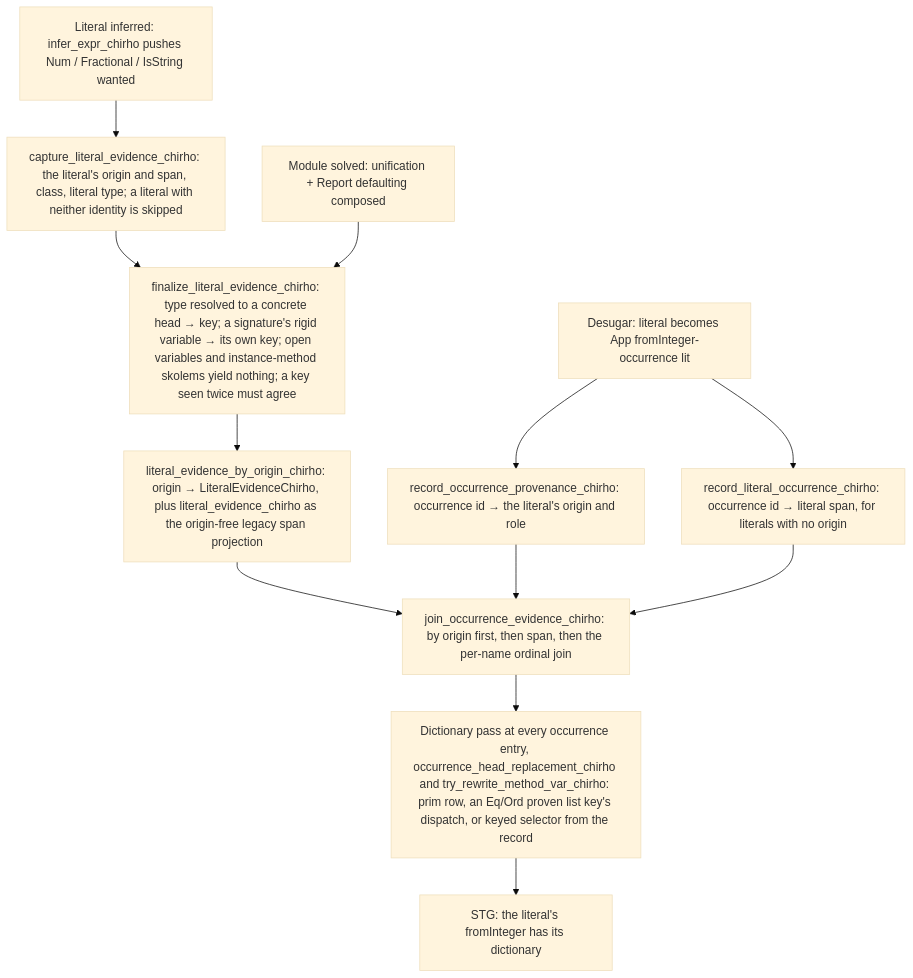
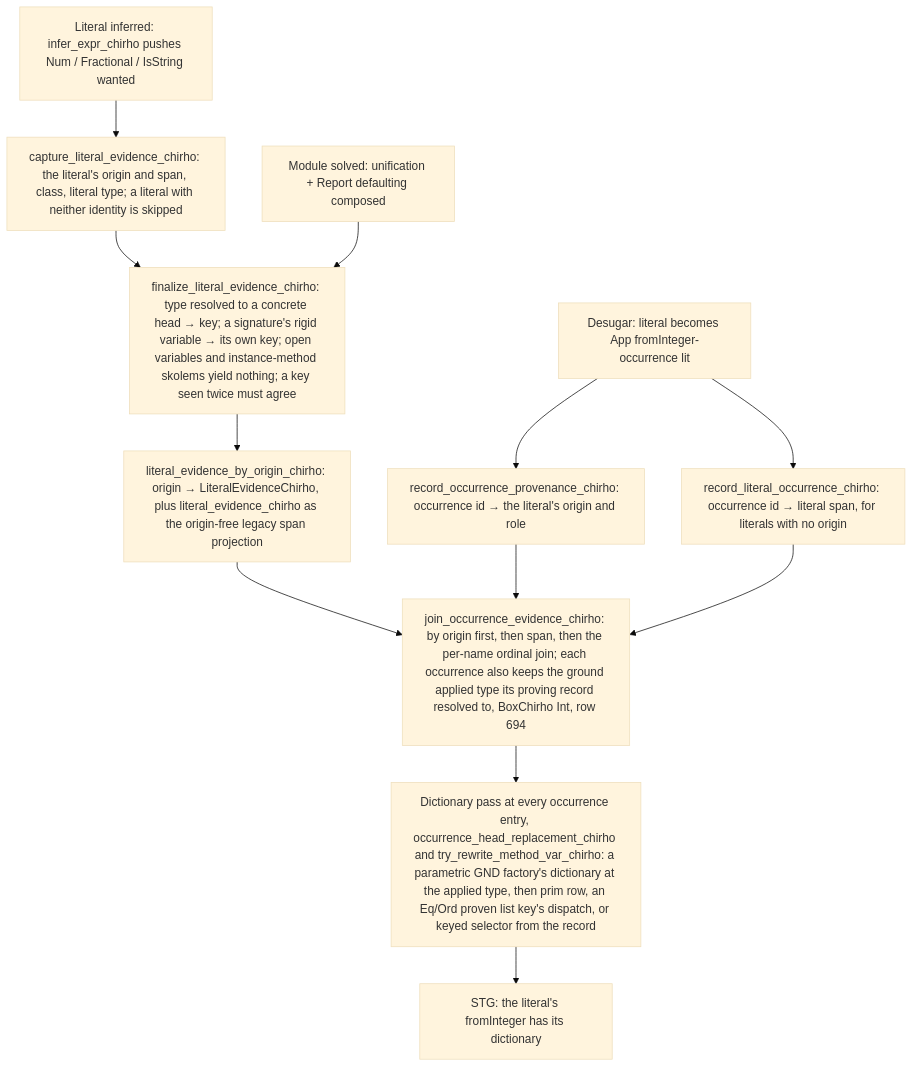
The first of 19 diagrams in spec-chirho/workflows-chirho/language-features-chirho/dictionary-evidence-chirho.md (loveJesus/haskelujah-chirho), drawn with Mermaid (base theme) before and after one commit. The commit also changed 26 other files, not shown here.

First line of the commit message:
fix(deriving): role rules on one carrier and direct GND methods through the factory (r14)

````diff
--- a/spec-chirho/workflows-chirho/language-features-chirho/dictionary-evidence-chirho.md
+++ b/spec-chirho/workflows-chirho/language-features-chirho/dictionary-evidence-chirho.md
@@ -12,17 +12,17 @@
 ```mermaid
 flowchart TD
     lit_chirho[Literal inferred: infer_expr_chirho pushes Num / Fractional / IsString wanted]
     lit_chirho --> capture_chirho[capture_literal_evidence_chirho: the literal's origin and span, class, literal type; a literal with neither identity is skipped]
     solve_chirho[Module solved: unification + Report defaulting composed]
     capture_chirho --> finalize_chirho[finalize_literal_evidence_chirho: type resolved to a concrete head → key; a signature's rigid variable → its own key; open variables and instance-method skolems yield nothing; a key seen twice must agree]
     solve_chirho --> finalize_chirho
     finalize_chirho --> result_chirho[literal_evidence_by_origin_chirho: origin → LiteralEvidenceChirho, plus literal_evidence_chirho as the origin-free legacy span projection]
     desugar_chirho[Desugar: literal becomes App fromInteger-occurrence lit]
     desugar_chirho --> prov_chirho[record_occurrence_provenance_chirho: occurrence id → the literal's origin and role]
     desugar_chirho --> spans_chirho[record_literal_occurrence_chirho: occurrence id → literal span, for literals with no origin]
-    result_chirho --> join_chirho[join_occurrence_evidence_chirho: by origin first, then span, then the per-name ordinal join]
+    result_chirho --> join_chirho[join_occurrence_evidence_chirho: by origin first, then span, then the per-name ordinal join; each occurrence also keeps the ground applied type its proving record resolved to, BoxChirho Int, row 694]
     prov_chirho --> join_chirho
     spans_chirho --> join_chirho
-    join_chirho --> pass_chirho[Dictionary pass at every occurrence entry, occurrence_head_replacement_chirho and try_rewrite_method_var_chirho: prim row, an Eq/Ord proven list key's dispatch, or keyed selector from the record]
+    join_chirho --> pass_chirho[Dictionary pass at every occurrence entry, occurrence_head_replacement_chirho and try_rewrite_method_var_chirho: a parametric GND factory's dictionary at the applied type, then prim row, an Eq/Ord proven list key's dispatch, or keyed selector from the record]
     pass_chirho --> stg_chirho[STG: the literal's fromInteger has its dictionary]
 ```
````
